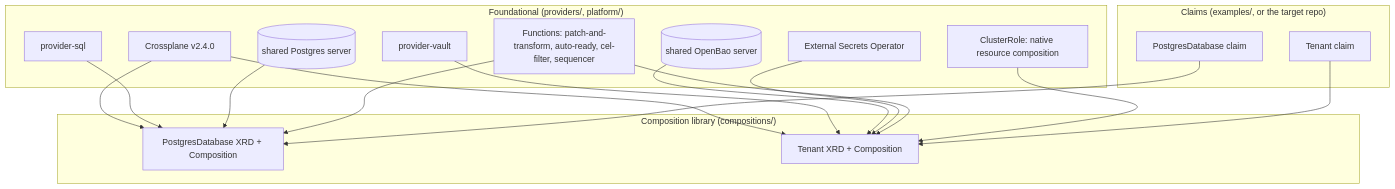
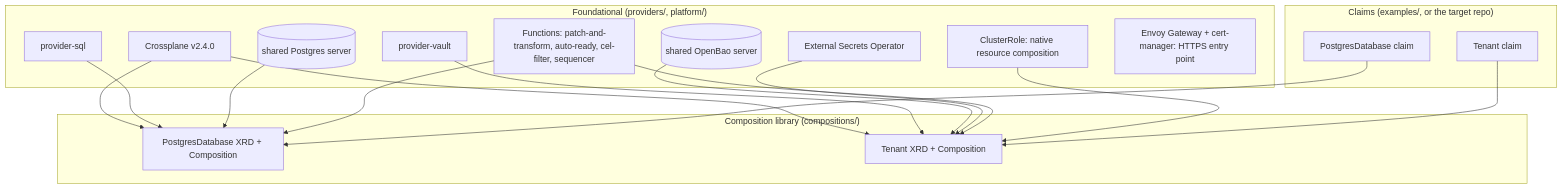
Before and after one commit to idPlatformKit/Orchestrator: the second of 2 diagrams in docs/architecture.md, drawn with Mermaid. The commit also changed other lines of this file and 3 other files, not shown here.

Commit message:
docs: document the HTTPS entry point and the root app retry

````diff
--- a/docs/architecture.md
+++ b/docs/architecture.md
@@ -30,33 +30,34 @@
 ```mermaid
 flowchart TB
     subgraph L1["Foundational (providers/, platform/)"]
         CP[Crossplane v2.4.0]
         PSQL[provider-sql]
         PVAULT[provider-vault]
         FN[Functions: patch-and-transform, auto-ready, cel-filter, sequencer]
         RBAC[ClusterRole: native resource composition]
         PG[(shared Postgres server)]
         OB[(shared OpenBao server)]
         ESO[External Secrets Operator]
+        GW[Envoy Gateway + cert-manager: HTTPS entry point]
     end
     subgraph L2["Composition library (compositions/)"]
         XRD1[PostgresDatabase XRD + Composition]
         XRD2[Tenant XRD + Composition]
     end
     subgraph L3["Claims (examples/, or the target repo)"]
         C1[PostgresDatabase claim]
         C2[Tenant claim]
     end
     CP --> XRD1
     CP --> XRD2
     PSQL --> XRD1
     PG --> XRD1
     PVAULT --> XRD2
     OB --> XRD2
     ESO --> XRD2
     FN --> XRD1
     FN --> XRD2
     RBAC --> XRD2
     C1 --> XRD1
     C2 --> XRD2
 ```
````
